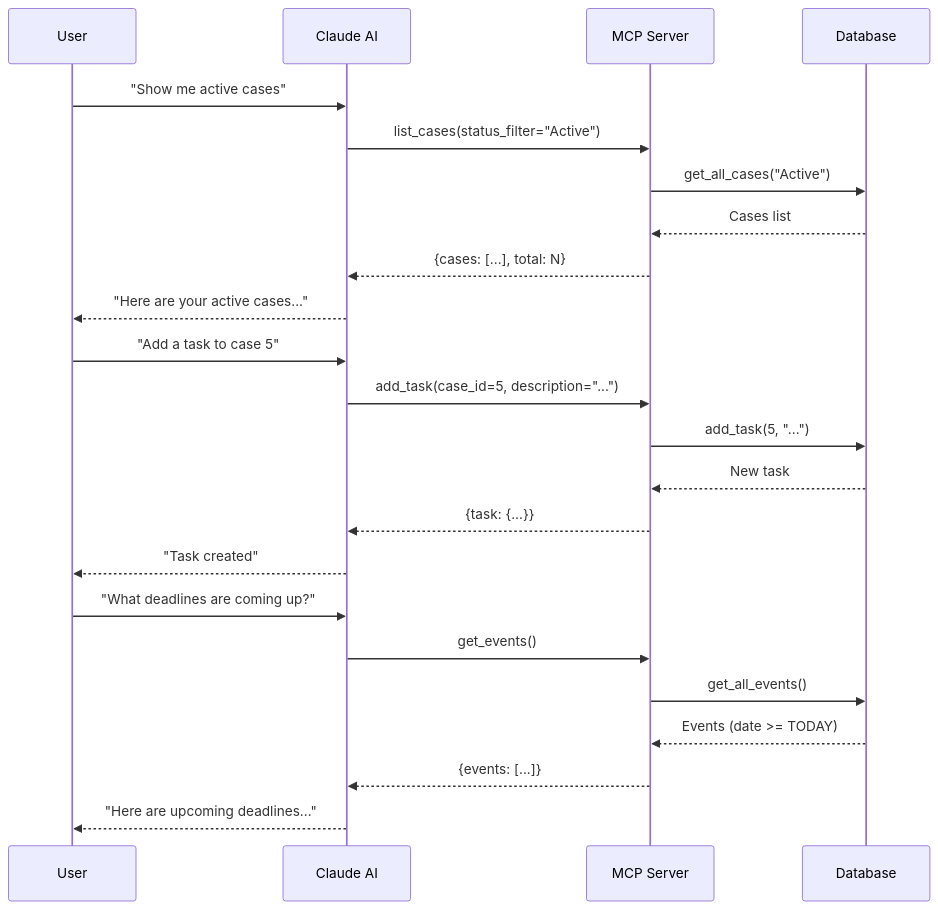
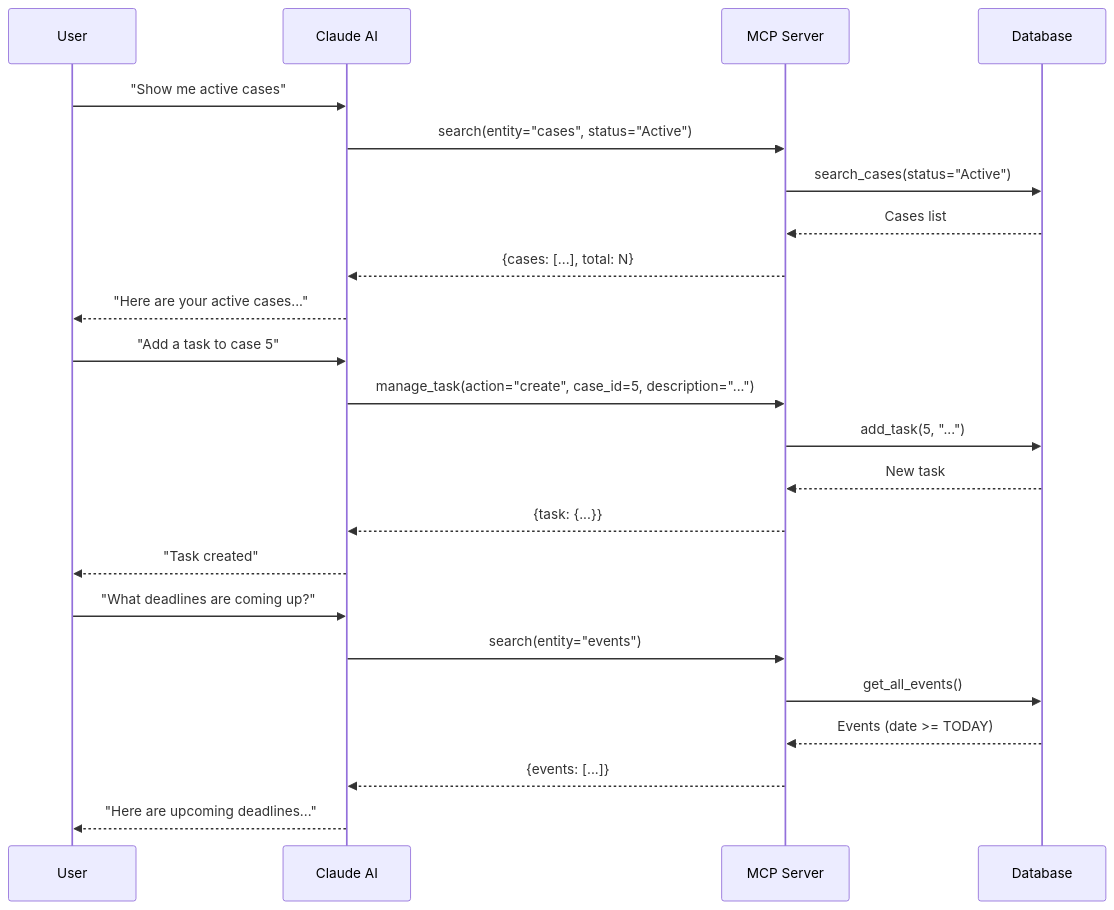
The eighth of 9 diagrams in docs/FLOWS.md (coopermayne/mcp-galipo), drawn with Mermaid before and after one commit. The commit also changed other lines of this file and 9 other files, not shown here.

````diff
--- a/docs/FLOWS.md
+++ b/docs/FLOWS.md
@@ -266,28 +266,28 @@
 ```mermaid
 sequenceDiagram
     participant User
     participant Claude as Claude AI
     participant MCP as MCP Server
     participant DB as Database
 
     User->>Claude: "Show me active cases"
-    Claude->>MCP: list_cases(status_filter="Active")
-    MCP->>DB: get_all_cases("Active")
+    Claude->>MCP: search(entity="cases", status="Active")
+    MCP->>DB: search_cases(status="Active")
     DB-->>MCP: Cases list
     MCP-->>Claude: {cases: [...], total: N}
     Claude-->>User: "Here are your active cases..."
 
     User->>Claude: "Add a task to case 5"
-    Claude->>MCP: add_task(case_id=5, description="...")
+    Claude->>MCP: manage_task(action="create", case_id=5, description="...")
     MCP->>DB: add_task(5, "...")
     DB-->>MCP: New task
     MCP-->>Claude: {task: {...}}
     Claude-->>User: "Task created"
 
     User->>Claude: "What deadlines are coming up?"
-    Claude->>MCP: get_events()
+    Claude->>MCP: search(entity="events")
     MCP->>DB: get_all_events()
     DB-->>MCP: Events (date >= TODAY)
     MCP-->>Claude: {events: [...]}
     Claude-->>User: "Here are upcoming deadlines..."
 ```
````
